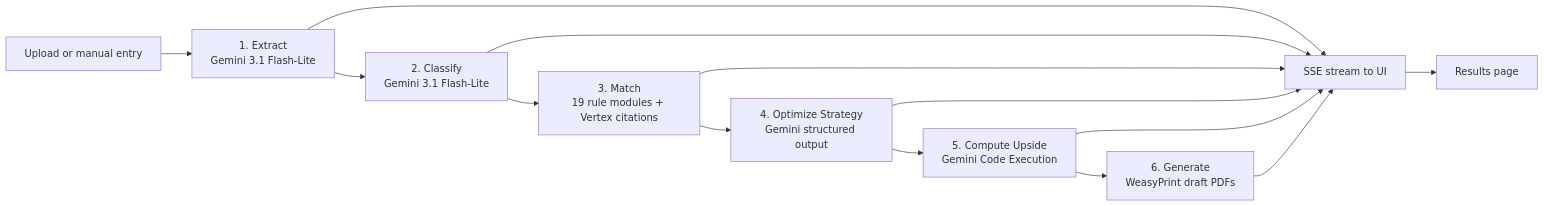
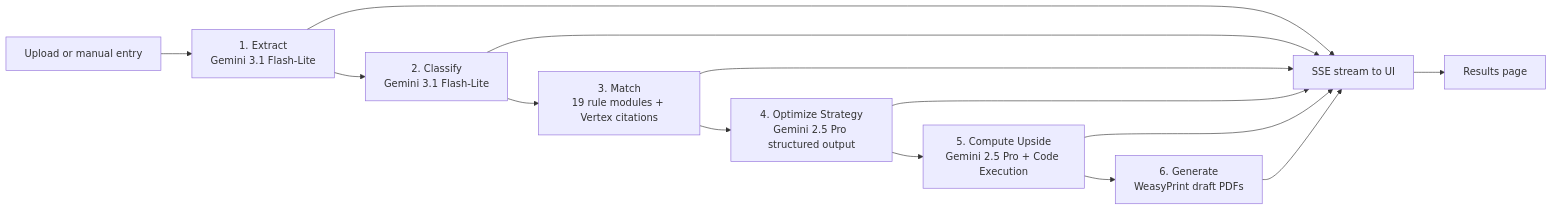
The second of 8 diagrams in README.md (AlaskanTuna/Layak), drawn with Mermaid before and after one commit. The commit also changed other lines of this file, not shown here.

````diff
--- a/README.md
+++ b/README.md
@@ -161,15 +169,15 @@
 ```mermaid
 flowchart LR
     Intake[Upload or manual entry] --> Extract[1. Extract<br/>Gemini 3.1 Flash-Lite]
     Extract --> Classify[2. Classify<br/>Gemini 3.1 Flash-Lite]
     Classify --> Match[3. Match<br/>19 rule modules + Vertex citations]
-    Match --> Optimize[4. Optimize Strategy<br/>Gemini structured output]
-    Optimize --> Compute[5. Compute Upside<br/>Gemini Code Execution]
+    Match --> Optimize[4. Optimize Strategy<br/>Gemini 2.5 Pro structured output]
+    Optimize --> Compute[5. Compute Upside<br/>Gemini 2.5 Pro + Code Execution]
     Compute --> Generate[6. Generate<br/>WeasyPrint draft PDFs]
     Extract --> SSE[SSE stream to UI]
     Classify --> SSE
     Match --> SSE
     Optimize --> SSE
     Compute --> SSE
     Generate --> SSE --> Results[Results page]
 ```
````
